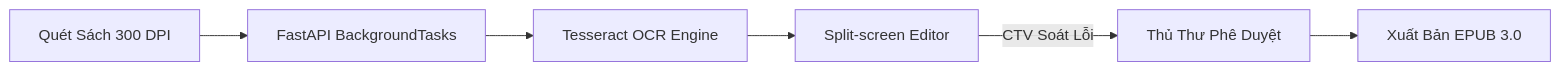
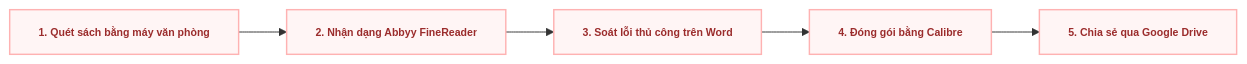
Before and after one commit to se-bros/hcmus-projectmanage--lab: the second of 2 diagrams in docs/slide/pages/01-project-proposal.md, drawn with Mermaid. The commit also changed other lines of this file and 4 other files, not shown here.

````diff
--- a/docs/slide/pages/01-project-proposal.md
+++ b/docs/slide/pages/01-project-proposal.md
@@ -292,8 +171,12 @@
 ```mermaid
 graph LR
-    A[Quét Sách 300 DPI] --> B[FastAPI BackgroundTasks]
-    B --> C[Tesseract OCR Engine]
-    C --> D[Split-screen Editor]
-    D -->|CTV Soát Lỗi| E[Thủ Thư Phê Duyệt]
-    E --> F[Xuất Bản EPUB 3.0]
+    A[1. Quét sách bằng máy văn phòng] --> B[2. Nhận dạng Abbyy FineReader]
+    B --> C[3. Soát lỗi thủ công trên Word]
+    C --> D[4. Đóng gói bằng Calibre]
+    D --> E[5. Chia sẻ qua Google Drive]
+
+    classDef default fill:#f1f5f9,stroke:#cbd5e1,stroke-width:1px,color:#475569,font-size:11px,font-weight:bold;
+    classDef step fill:#fff5f5,stroke:#feb2b2,stroke-width:1.5px,color:#9b2c2c,font-weight:bold;
+
+    class A,B,C,D,E step;
 ```
````
